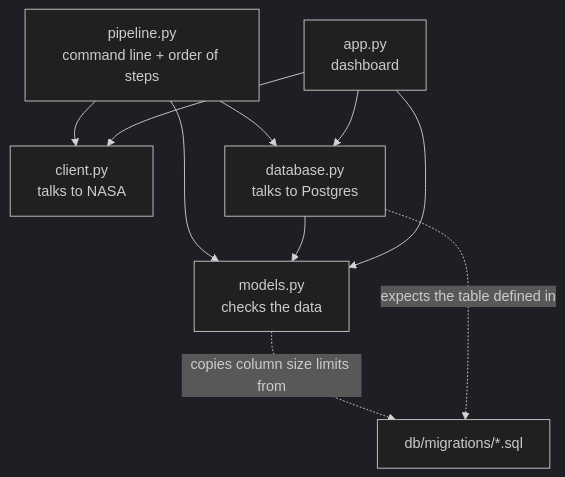
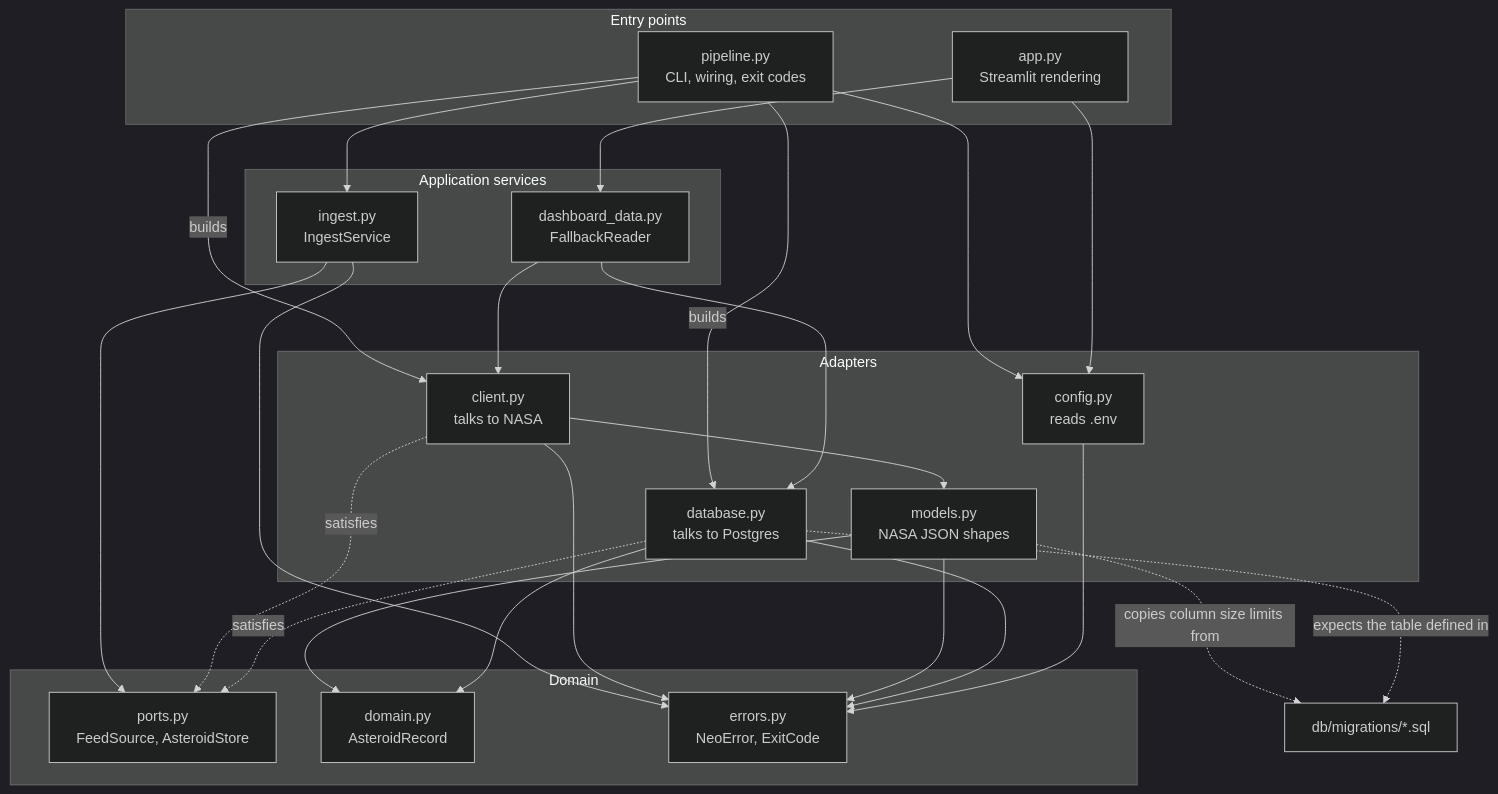
The third of 6 diagrams in docs/ARCHITECTURE.md (ksbn/neo-project), drawn with Mermaid (dark theme) before and after one commit. The commit also changed other lines of this file and 20 other files, not shown here.

First line of the commit message:
Refactor error handling, dashboard data access and wiring

````diff
--- a/docs/ARCHITECTURE.md
+++ b/docs/ARCHITECTURE.md
@@ -81,12 +82,43 @@
 ```mermaid
 flowchart TD
-    pipeline["pipeline.py<br/>command line + order of steps"] --> client["client.py<br/>talks to NASA"]
-    pipeline --> models["models.py<br/>checks the data"]
-    pipeline --> database["database.py<br/>talks to Postgres"]
-    database --> models
-    app["app.py<br/>dashboard"] --> client
-    app --> models
-    app --> database
+    subgraph Entry["Entry points"]
+        pipeline["pipeline.py<br/>CLI, wiring, exit codes"]
+        app["app.py<br/>Streamlit rendering"]
+    end
+    subgraph Services["Application services"]
+        ingest["ingest.py<br/>IngestService"]
+        dash["dashboard_data.py<br/>FallbackReader"]
+    end
+    subgraph Core["Domain"]
+        ports["ports.py<br/>FeedSource, AsteroidStore"]
+        domain["domain.py<br/>AsteroidRecord"]
+        errors["errors.py<br/>NeoError, ExitCode"]
+    end
+    subgraph Adapters["Adapters"]
+        client["client.py<br/>talks to NASA"]
+        models["models.py<br/>NASA JSON shapes"]
+        database["database.py<br/>talks to Postgres"]
+        config["config.py<br/>reads .env"]
+    end
+    pipeline --> ingest
+    pipeline --> config
+    pipeline -->|"builds"| client
+    pipeline -->|"builds"| database
+    app --> dash
+    app --> config
+    ingest --> ports
+    ingest --> errors
+    dash --> client
+    dash --> database
+    client -. "satisfies" .-> ports
+    database -. "satisfies" .-> ports
+    client --> models
+    models --> domain
+    database --> domain
+    client --> errors
+    models --> errors
+    database --> errors
+    config --> errors
     models -.->|"copies column size limits from"| mig["db/migrations/*.sql"]
     database -.->|"expects the table defined in"| mig
 ```
````
